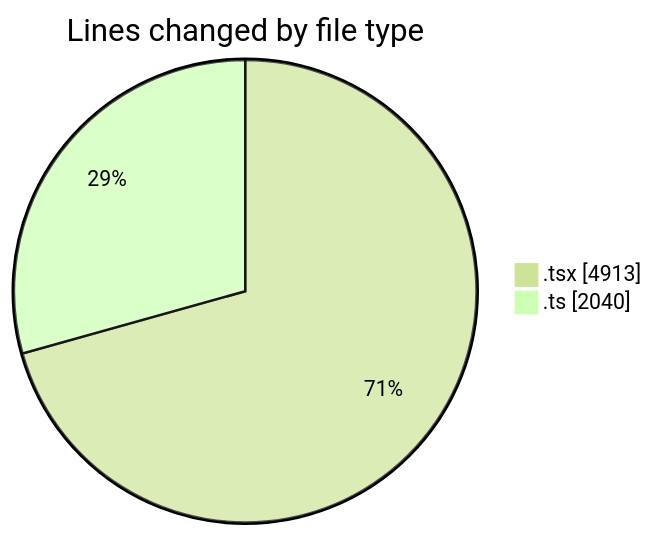
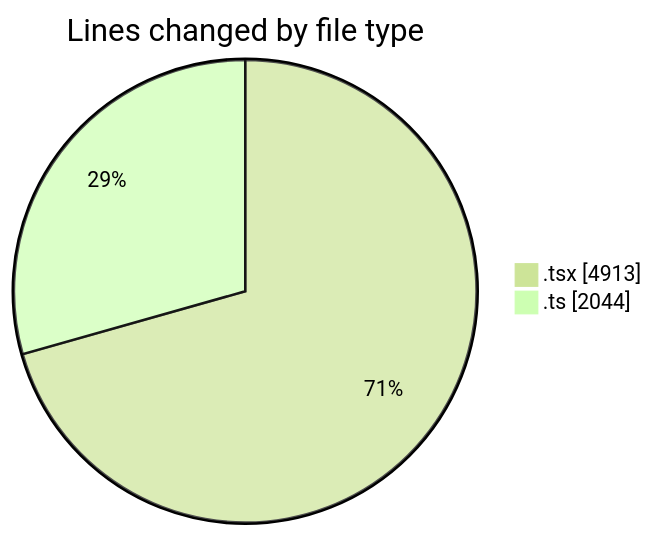
Before and after one commit to nxtqubesakshisongat/code-tracking: the first of 2 diagrams in 2026-02-26/nxtqube_webapp/README.md, drawn with Mermaid (forest theme). The commit also changed other lines of this file and 1 other file, not shown here.

````diff
--- a/2026-02-26/nxtqube_webapp/README.md
+++ b/2026-02-26/nxtqube_webapp/README.md
@@ -33,6 +33,6 @@
 ```mermaid
 pie showData
 title Lines changed by file type
 ".tsx" : 4913
-".ts" : 2040
+".ts" : 2044
 ```
````
